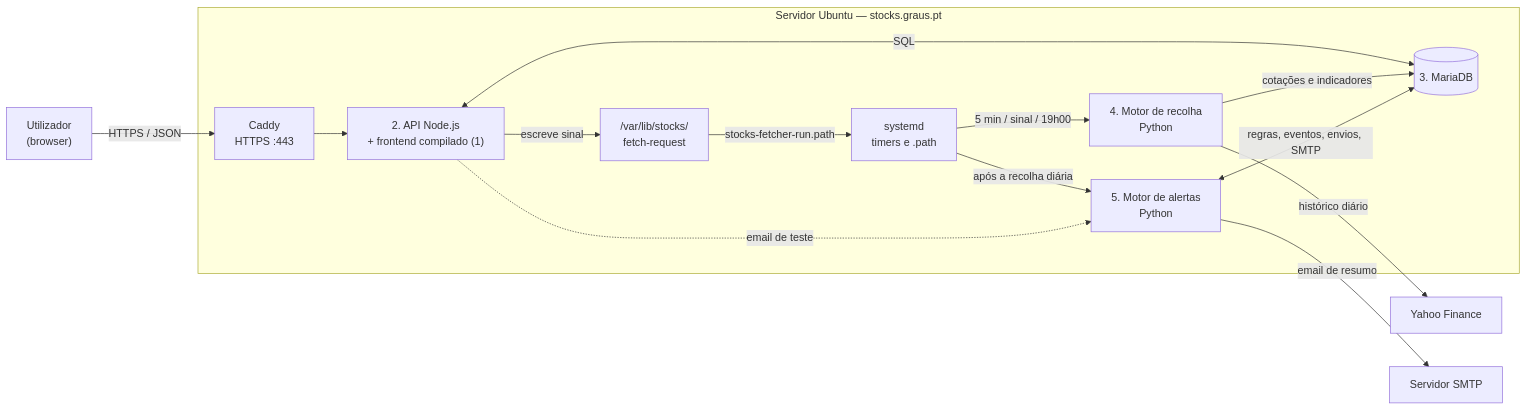
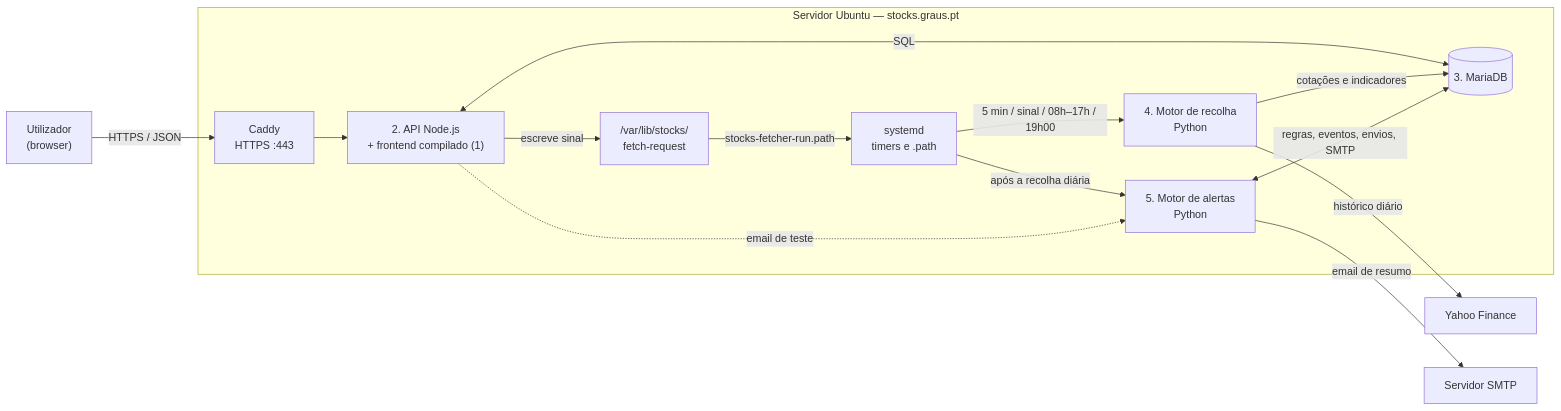
One commit to msant1972/stocks changed the diagram in docs/arquitectura/arquitectura.md. Above: the diagram before and after it, drawn with Mermaid. The commit also changed other lines of this file and 16 other files, not shown here.

````diff
--- a/docs/arquitectura/arquitectura.md
+++ b/docs/arquitectura/arquitectura.md
@@ -50,31 +50,31 @@
 ```mermaid
 flowchart LR
     U["Utilizador<br/>(browser)"]
 
     subgraph SERVER["Servidor Ubuntu — stocks.graus.pt"]
         CADDY["Caddy<br/>HTTPS :443"]
         API["2. API Node.js<br/>+ frontend compilado (1)"]
         DB[("3. MariaDB")]
         FETCH["4. Motor de recolha<br/>Python"]
         ALERT["5. Motor de alertas<br/>Python"]
         SYSD["systemd<br/>timers e .path"]
         SIG["/var/lib/stocks/<br/>fetch-request"]
 
         CADDY --> API
         API <-->|SQL| DB
         API -->|escreve sinal| SIG
         SIG -->|stocks-fetcher-run.path| SYSD
-        SYSD -->|5 min / sinal / 19h00| FETCH
+        SYSD -->|5 min / sinal / 08h–17h / 19h00| FETCH
         SYSD -->|após a recolha diária| ALERT
         FETCH -->|cotações e indicadores| DB
         ALERT <-->|regras, eventos, envios, SMTP| DB
         API -.->|email de teste| ALERT
     end
 
     YAHOO["Yahoo Finance"]
     SMTP["Servidor SMTP"]
 
     U -->|HTTPS / JSON| CADDY
     FETCH -->|histórico diário| YAHOO
     ALERT -->|email de resumo| SMTP
 ```
````
